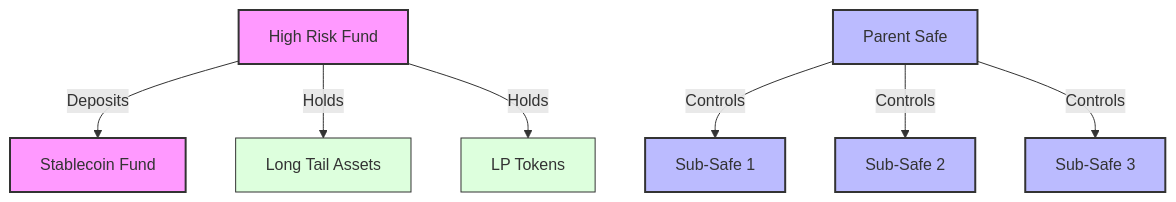
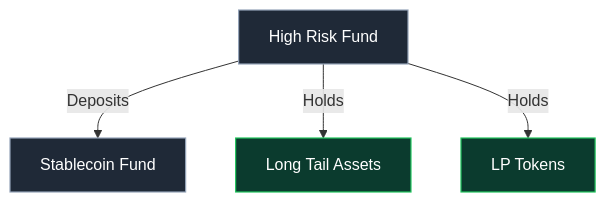
One commit to DAMM-Cap/DAMM-Documentation changed the second of 4 diagrams in docs/toolkit/funds.md. Above: the diagram before and after it, drawn with Mermaid. The commit also changed other lines of this file and 1 other file, not shown here.

````diff
--- a/docs/toolkit/funds.md
+++ b/docs/toolkit/funds.md
@@ -71,21 +64,14 @@
 ```mermaid
 graph TD
-    %% Fund to Fund Investment
+    %% Fund-to-Fund Investment (dark-mode friendly)
     F1[High Risk Fund] -->|Deposits| F2[Stablecoin Fund]
     F1 -->|Holds| A1[Long Tail Assets]
     F1 -->|Holds| A2[LP Tokens]
-    
-    %% Parent-Child Structure Example
-    PS[Parent Safe] -->|Controls| S1[Sub-Safe 1]
-    PS -->|Controls| S2[Sub-Safe 2]
-    PS -->|Controls| S3[Sub-Safe 3]
-    
-    %% Styling
-    classDef fund fill:#f9f,stroke:#333,stroke-width:2px
-    classDef safe fill:#bbf,stroke:#333,stroke-width:2px
-    classDef asset fill:#dfd,stroke:#333,stroke-width:1px
-    
+
+    %% Styling (dark-mode friendly)
+    classDef fund fill:#1f2937,stroke:#94a3b8,color:#ffffff,stroke-width:1.2px
+    classDef asset fill:#0b3b2e,stroke:#22c55e,color:#ffffff,stroke-width:1.2px
+
     class F1,F2 fund
-    class PS,S1,S2,S3 safe
     class A1,A2 asset
 ```
````
